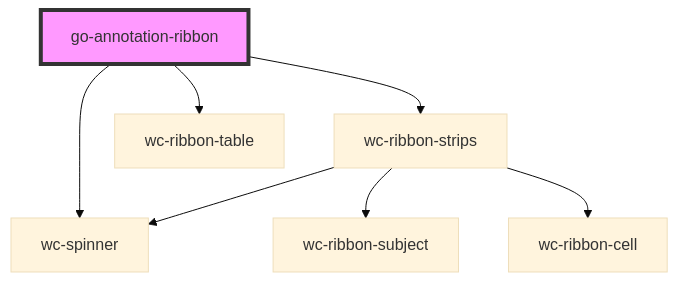
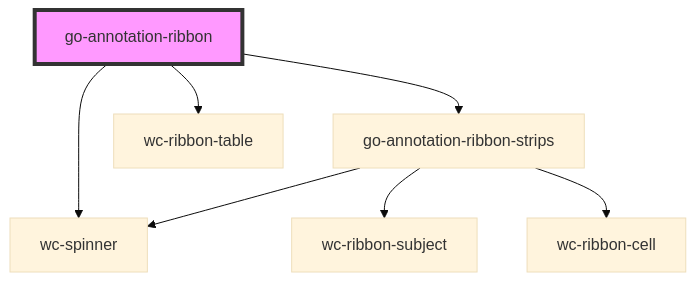
The diagram in src/components/annotation-ribbon/readme.md (geneontology/web-components), drawn with Mermaid (base theme) before and after one commit. The commit also changed other lines of this file and 11 other files, not shown here.

Commit message:
Rename wc-ribbon-strips to go-annotation-ribbon-strips

````diff
--- a/src/components/annotation-ribbon/readme.md
+++ b/src/components/annotation-ribbon/readme.md
@@ -55,10 +55,10 @@
 ```mermaid
 graph TD;
-  go-annotation-ribbon --> wc-ribbon-strips
+  go-annotation-ribbon --> go-annotation-ribbon-strips
   go-annotation-ribbon --> wc-spinner
   go-annotation-ribbon --> wc-ribbon-table
-  wc-ribbon-strips --> wc-spinner
-  wc-ribbon-strips --> wc-ribbon-subject
-  wc-ribbon-strips --> wc-ribbon-cell
+  go-annotation-ribbon-strips --> wc-spinner
+  go-annotation-ribbon-strips --> wc-ribbon-subject
+  go-annotation-ribbon-strips --> wc-ribbon-cell
   style go-annotation-ribbon fill:#f9f,stroke:#333,stroke-width:4px
 ```
````
